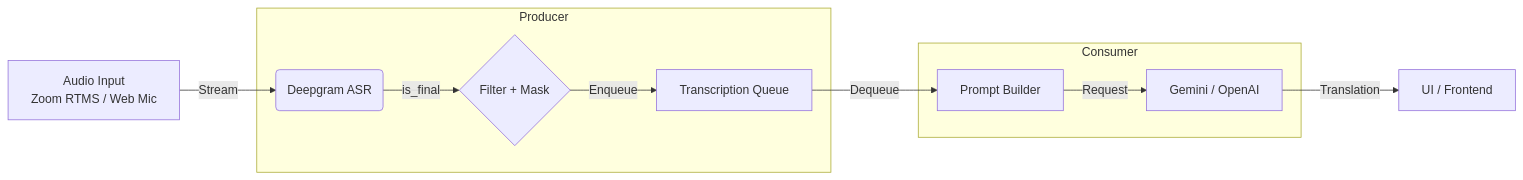
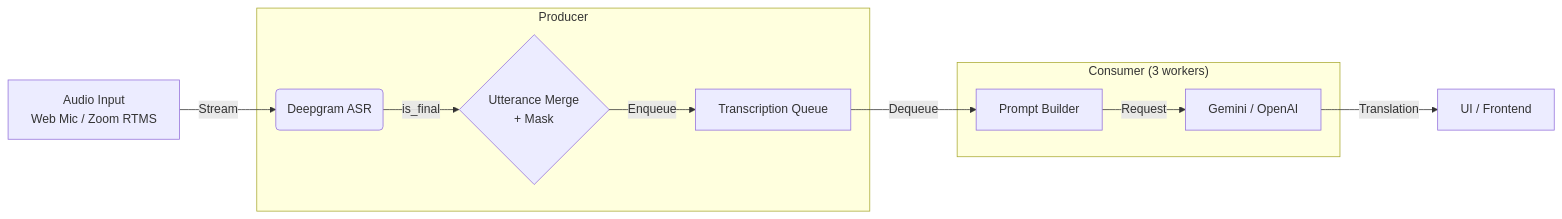
The diagram in DESIGN_DOC.md (yaguangxiaocang-jpg/real_time_transalation_oguramasahiro), drawn with Mermaid before and after one commit. The commit also changed other lines of this file and 5 other files, not shown here.

````diff
--- a/DESIGN_DOC.md
+++ b/DESIGN_DOC.md
@@ -17,16 +22,16 @@
 ```mermaid
 graph LR
-    A[Audio Input<br/>Zoom RTMS / Web Mic] -->|Stream| B(Deepgram ASR)
+    A[Audio Input<br/>Web Mic / Zoom RTMS] -->|Stream| B(Deepgram ASR)
 
     subgraph "Producer"
-        B -->|is_final| C{Filter + Mask}
+        B -->|is_final| C{Utterance Merge<br/>+ Mask}
         C -->|Enqueue| D[Transcription Queue]
     end
 
-    subgraph "Consumer"
+    subgraph "Consumer (3 workers)"
         D -->|Dequeue| E[Prompt Builder]
         E -->|Request| F[Gemini / OpenAI]
     end
 
     F -->|Translation| G[UI / Frontend]
 ```
````
